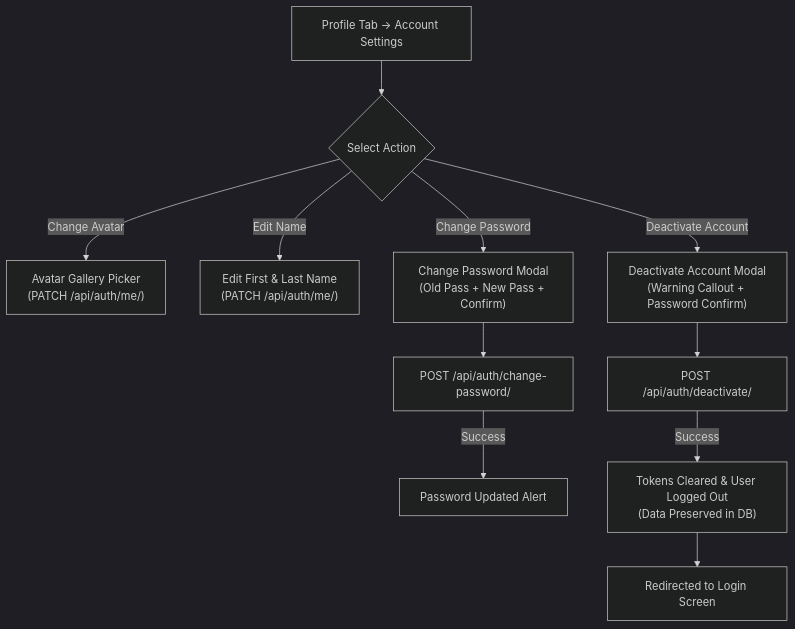
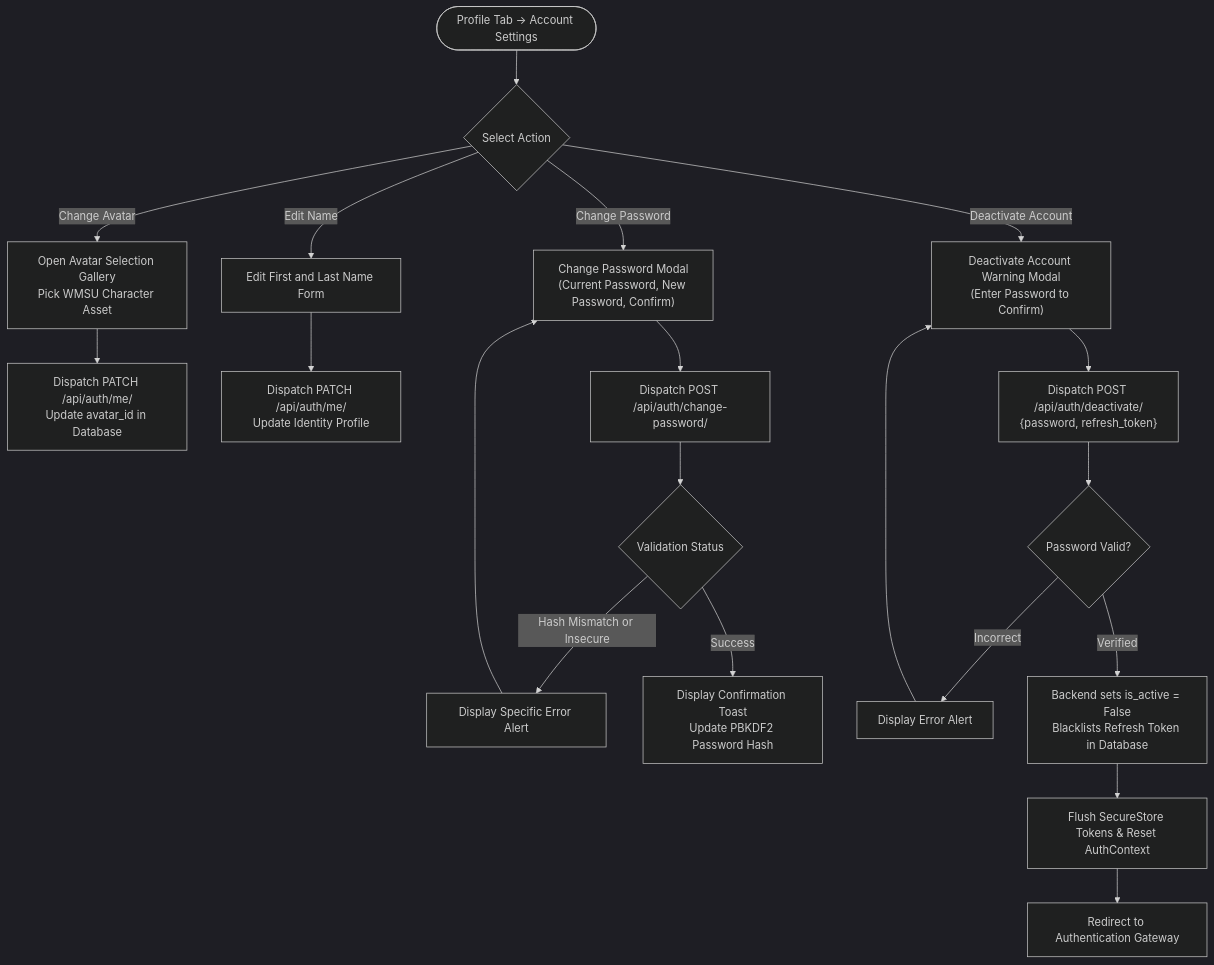
Before and after one commit to Cipher-Syntax/ARQuest: the fourth of 7 diagrams in user-flow.md, drawn with Mermaid (dark theme). The commit also changed other lines of this file and 8 other files, not shown here.

Commit message:
Updated: documentation + diagrams

````diff
--- a/user-flow.md
+++ b/user-flow.md
@@ -109,18 +144,29 @@
 ```mermaid
 flowchart TD
-    PROFILE["Profile Tab → Account Settings"]
+    START_SETTINGS(["Profile Tab → Account Settings"])
+    MENU{"Select Action"}
 
-    PROFILE --> SETTINGS_MENU{"Select Action"}
+    START_SETTINGS --> MENU
 
-    SETTINGS_MENU -->|"Change Avatar"| AVATAR_MODAL["Avatar Gallery Picker\n(PATCH /api/auth/me/)"]
-    SETTINGS_MENU -->|"Edit Name"| NAME_MODAL["Edit First & Last Name\n(PATCH /api/auth/me/)"]
-    SETTINGS_MENU -->|"Change Password"| PWD_MODAL["Change Password Modal\n(Old Pass + New Pass + Confirm)"]
-    SETTINGS_MENU -->|"Deactivate Account"| DEACT_MODAL["Deactivate Account Modal\n(Warning Callout + Password Confirm)"]
+    MENU -->|"Change Avatar"| AVATAR_MODAL["Open Avatar Selection Gallery<br/>Pick WMSU Character Asset"]
+    AVATAR_MODAL --> PATCH_AVATAR["Dispatch PATCH /api/auth/me/<br/>Update avatar_id in Database"]
 
-    PWD_MODAL --> PWD_SUBMIT["POST /api/auth/change-password/"]
-    PWD_SUBMIT -->|"Success"| PWD_OK["Password Updated Alert"]
+    MENU -->|"Edit Name"| NAME_MODAL["Edit First and Last Name Form"]
+    NAME_MODAL --> PATCH_NAME["Dispatch PATCH /api/auth/me/<br/>Update Identity Profile"]
 
-    DEACT_MODAL --> DEACT_SUBMIT["POST /api/auth/deactivate/"]
-    DEACT_SUBMIT -->|"Success"| DEACT_LOGOUT["Tokens Cleared & User Logged Out\n(Data Preserved in DB)"]
-    DEACT_LOGOUT --> LOGIN_SCR["Redirected to Login Screen"]
+    MENU -->|"Change Password"| PWD_FORM["Change Password Modal<br/>(Current Password, New Password, Confirm)"]
+    PWD_FORM --> PWD_SUBMIT["Dispatch POST /api/auth/change-password/"]
+    PWD_SUBMIT --> PWD_CHECK{"Validation Status"}
+    PWD_CHECK -->|"Hash Mismatch or Insecure"| PWD_ERR["Display Specific Error Alert"]
+    PWD_ERR --> PWD_FORM
+    PWD_CHECK -->|"Success"| PWD_OK["Display Confirmation Toast<br/>Update PBKDF2 Password Hash"]
+
+    MENU -->|"Deactivate Account"| DEACT_MODAL["Deactivate Account Warning Modal<br/>(Enter Password to Confirm)"]
+    DEACT_MODAL --> DEACT_SUBMIT["Dispatch POST /api/auth/deactivate/<br/>{password, refresh_token}"]
+    DEACT_SUBMIT --> DEACT_CHECK{"Password Valid?"}
+    DEACT_CHECK -->|"Incorrect"| DEACT_ERR["Display Error Alert"]
+    DEACT_ERR --> DEACT_MODAL
+    DEACT_CHECK -->|"Verified"| DEACT_EXEC["Backend sets is_active = False<br/>Blacklists Refresh Token in Database"]
+    DEACT_EXEC --> FLUSH_STORAGE["Flush SecureStore Tokens & Reset AuthContext"]
+    FLUSH_STORAGE --> REDIRECT_GATE["Redirect to Authentication Gateway"]
 ```
````
